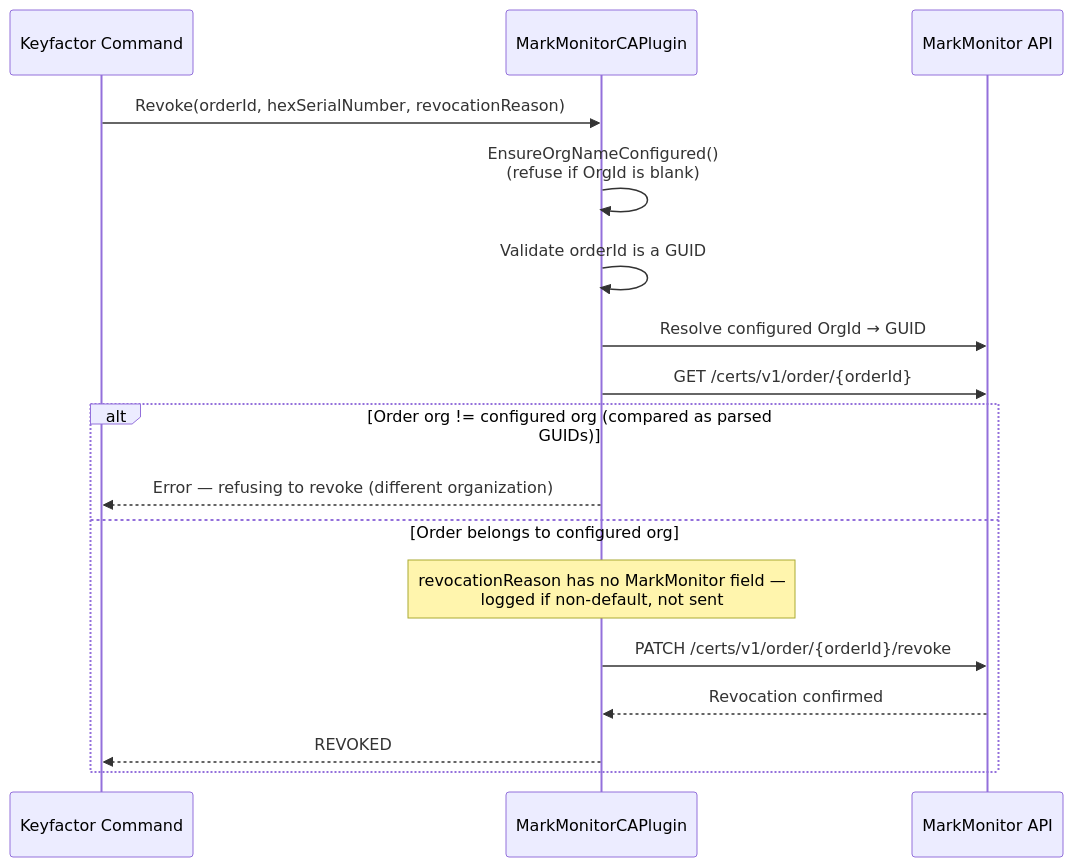
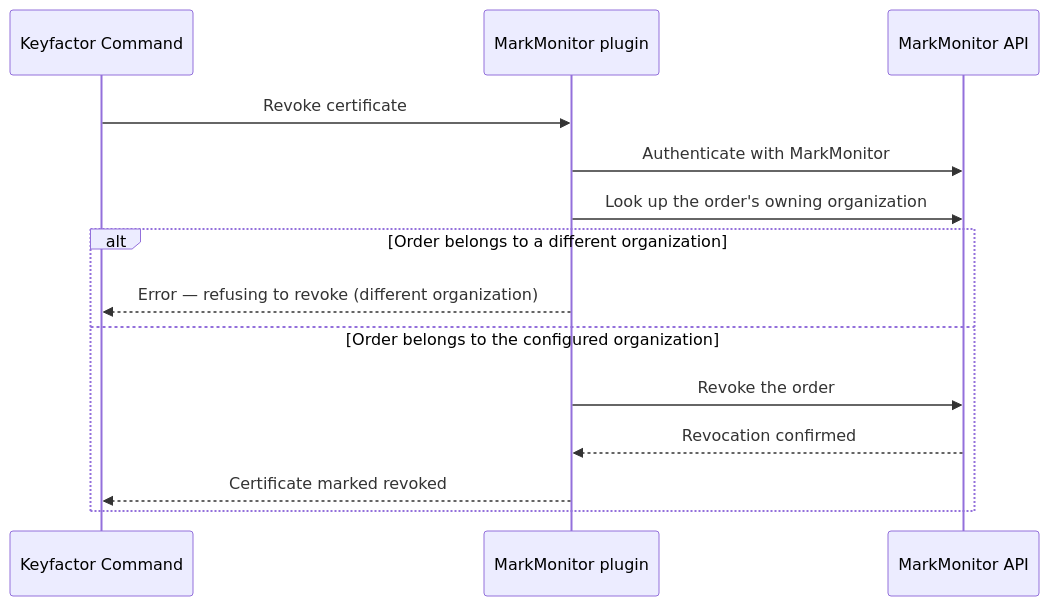
One commit to Keyfactor/markmonitor-caplugin changed the third of 4 diagrams in README.md. Above: the diagram before and after it, drawn with Mermaid. The commit also changed other lines of this file and 16 other files, not shown here.

````diff
--- a/README.md
+++ b/README.md
@@ -477,21 +351,18 @@
 ```mermaid
 sequenceDiagram
     participant CMD as Keyfactor Command
-    participant Plugin as MarkMonitorCAPlugin
+    participant Plugin as MarkMonitor plugin
     participant API as MarkMonitor API
 
-    CMD->>Plugin: Revoke(orderId, hexSerialNumber, revocationReason)
-    Plugin->>Plugin: EnsureOrgNameConfigured()<br/>(refuse if OrgId is blank)
-    Plugin->>Plugin: Validate orderId is a GUID
-    Plugin->>API: Resolve configured OrgId → GUID
-    Plugin->>API: GET /certs/v1/order/{orderId}
+    CMD->>Plugin: Revoke certificate
+    Plugin->>API: Authenticate with MarkMonitor
+    Plugin->>API: Look up the order's owning organization
 
-    alt Order org != configured org (compared as parsed GUIDs)
+    alt Order belongs to a different organization
         Plugin-->>CMD: Error — refusing to revoke (different organization)
-    else Order belongs to configured org
-        Note over Plugin: revocationReason has no MarkMonitor field —<br/>logged if non-default, not sent
-        Plugin->>API: PATCH /certs/v1/order/{orderId}/revoke
+    else Order belongs to the configured organization
+        Plugin->>API: Revoke the order
         API-->>Plugin: Revocation confirmed
-        Plugin-->>CMD: REVOKED
+        Plugin-->>CMD: Certificate marked revoked
     end
 ```
````
